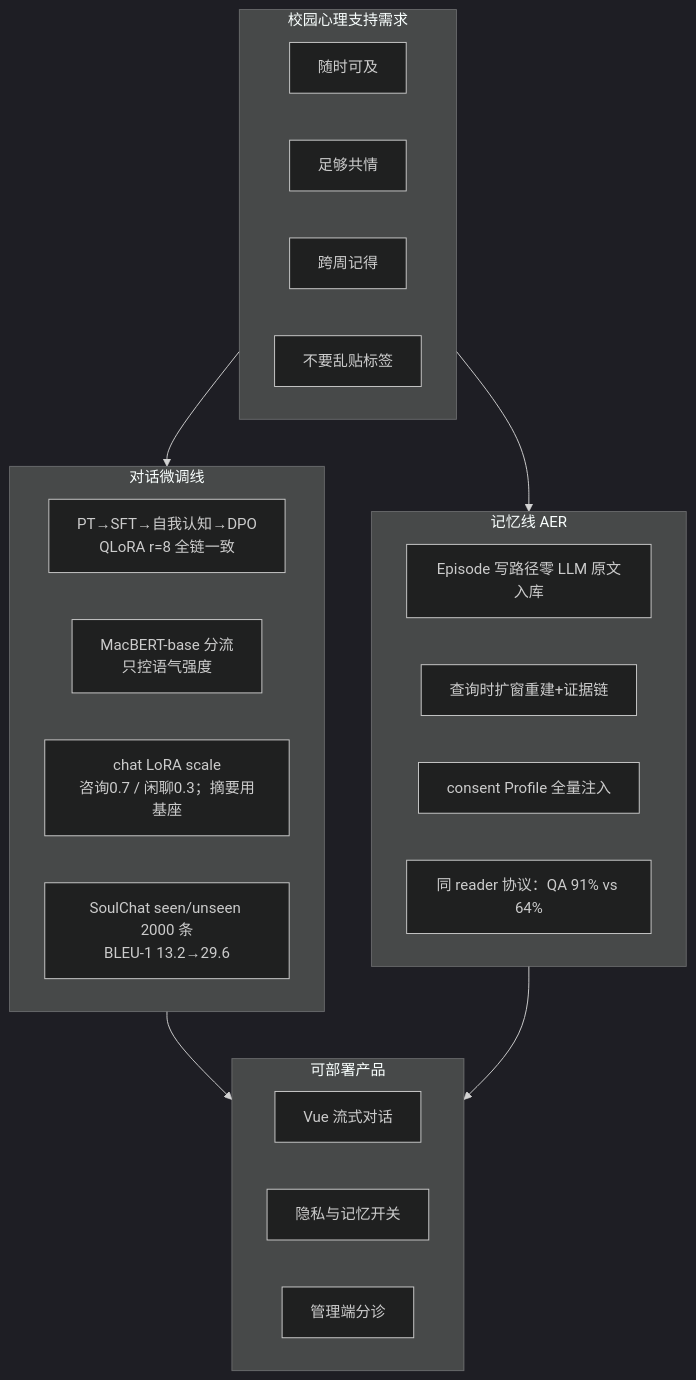
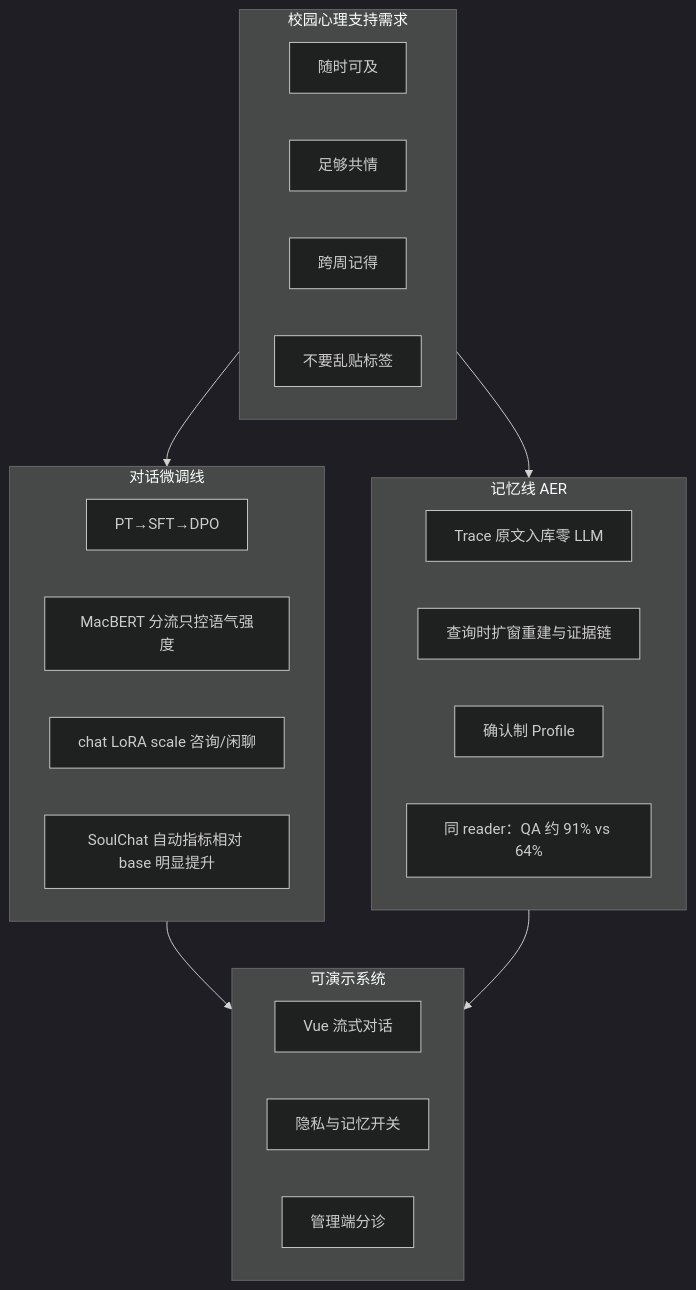
The diagram in 项目文档/00_SoulHarbor故事与终稿叙事.md (Hi-Zachary/Soulharbor), drawn with Mermaid (dark theme) before and after one commit. The commit also changed other lines of this file and 51 other files, not shown here.

````diff
--- a/项目文档/00_SoulHarbor故事与终稿叙事.md
+++ b/项目文档/00_SoulHarbor故事与终稿叙事.md
@@ -176,32 +114,32 @@
 ```mermaid
 flowchart TB
-  subgraph Need["校园心理支持需求"]
-    N1[随时可及]
-    N2[足够共情]
-    N3[跨周记得]
-    N4[不要乱贴标签]
-  end
+ subgraph Need["校园心理支持需求"]
+ N1[随时可及]
+ N2[足够共情]
+ N3[跨周记得]
+ N4[不要乱贴标签]
+ end
 
-  subgraph Tune["对话微调线"]
-    T1[PT→SFT→自我认知→DPO<br/>QLoRA r=8 全链一致]
-    T2[MacBERT-base 分流<br/>只控语气强度]
-    T3[chat LoRA scale<br/>咨询0.7 / 闲聊0.3；摘要用基座]
-    T4[SoulChat seen/unseen 2000 条<br/>BLEU-1 13.2→29.6]
-  end
+ subgraph Tune["对话微调线"]
+ T1[PT→SFT→DPO]
+ T2[MacBERT 分流只控语气强度]
+ T3[chat LoRA scale 咨询/闲聊]
+ T4[SoulChat 自动指标相对 base 明显提升]
+ end
 
-  subgraph Mem["记忆线 AER"]
-    M1[Episode 写路径零 LLM 原文入库]
-    M2[查询时扩窗重建+证据链]
-    M3[consent Profile 全量注入]
-    M4[同 reader 协议：QA 91% vs 64%]
-  end
+ subgraph Mem["记忆线 AER"]
+ M1[Trace 原文入库零 LLM]
+ M2[查询时扩窗重建与证据链]
+ M3[确认制 Profile]
+ M4[同 reader：QA 约 91% vs 64%]
+ end
 
-  subgraph Out["可部署产品"]
-    P1[Vue 流式对话]
-    P2[隐私与记忆开关]
-    P3[管理端分诊]
-  end
+ subgraph Out["可演示系统"]
+ P1[Vue 流式对话]
+ P2[隐私与记忆开关]
+ P3[管理端分诊]
+ end
 
-  Need --> Tune --> Out
-  Need --> Mem --> Out
+ Need --> Tune --> Out
+ Need --> Mem --> Out
 ```
````
